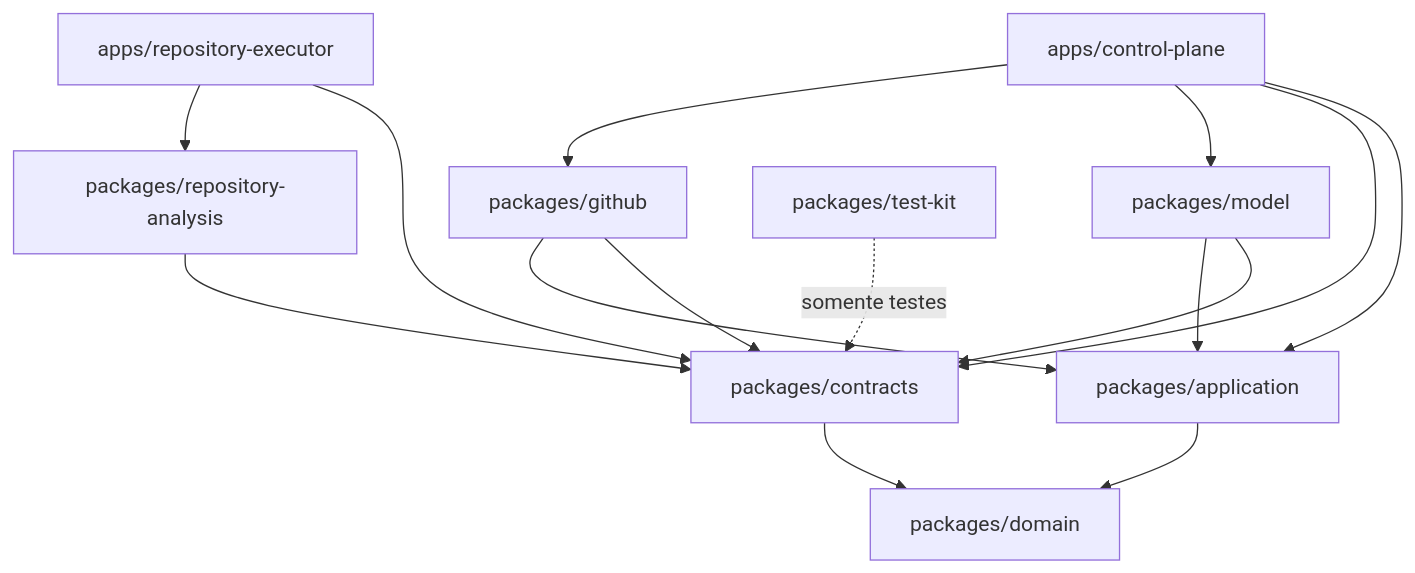
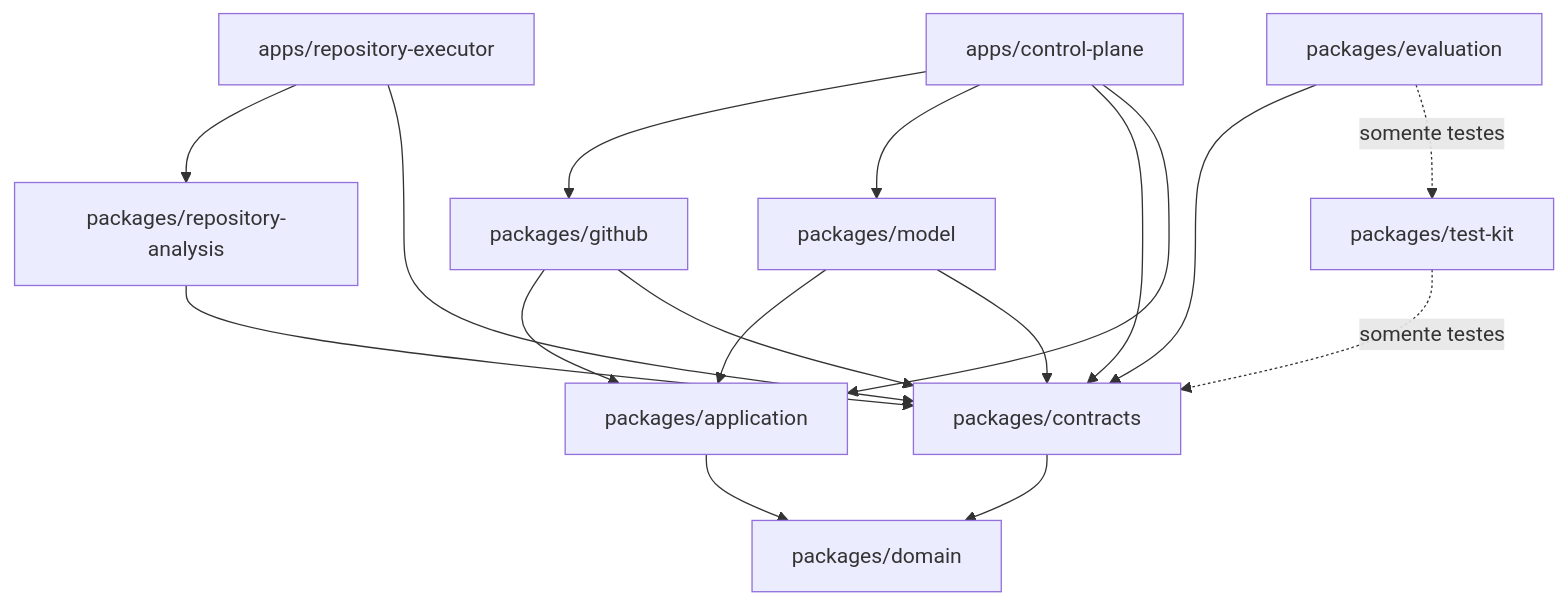
Before and after one commit to ThiagoCrepequer/holon: the diagram in docs/architecture/technical-ecosystem.md, drawn with Mermaid. The commit also changed other lines of this file and 16 other files, not shown here.

````diff
--- a/docs/architecture/technical-ecosystem.md
+++ b/docs/architecture/technical-ecosystem.md
@@ -61,27 +62,30 @@
 ```mermaid
 flowchart TD
     CP[apps/control-plane]
     EX[apps/repository-executor]
     GH[packages/github]
     MO[packages/model]
     RA[packages/repository-analysis]
     CT[packages/contracts]
+    EV[packages/evaluation]
     AP[packages/application]
     DO[packages/domain]
     TK[packages/test-kit]
 
     CP --> GH
     CP --> MO
     CP --> CT
     CP --> AP
     EX --> RA
     EX --> CT
     GH --> AP
     GH --> CT
     MO --> AP
     MO --> CT
     RA --> CT
+    EV --> CT
+    EV -. somente testes .-> TK
     CT --> DO
     AP --> DO
     TK -. somente testes .-> CT
 ```
````
